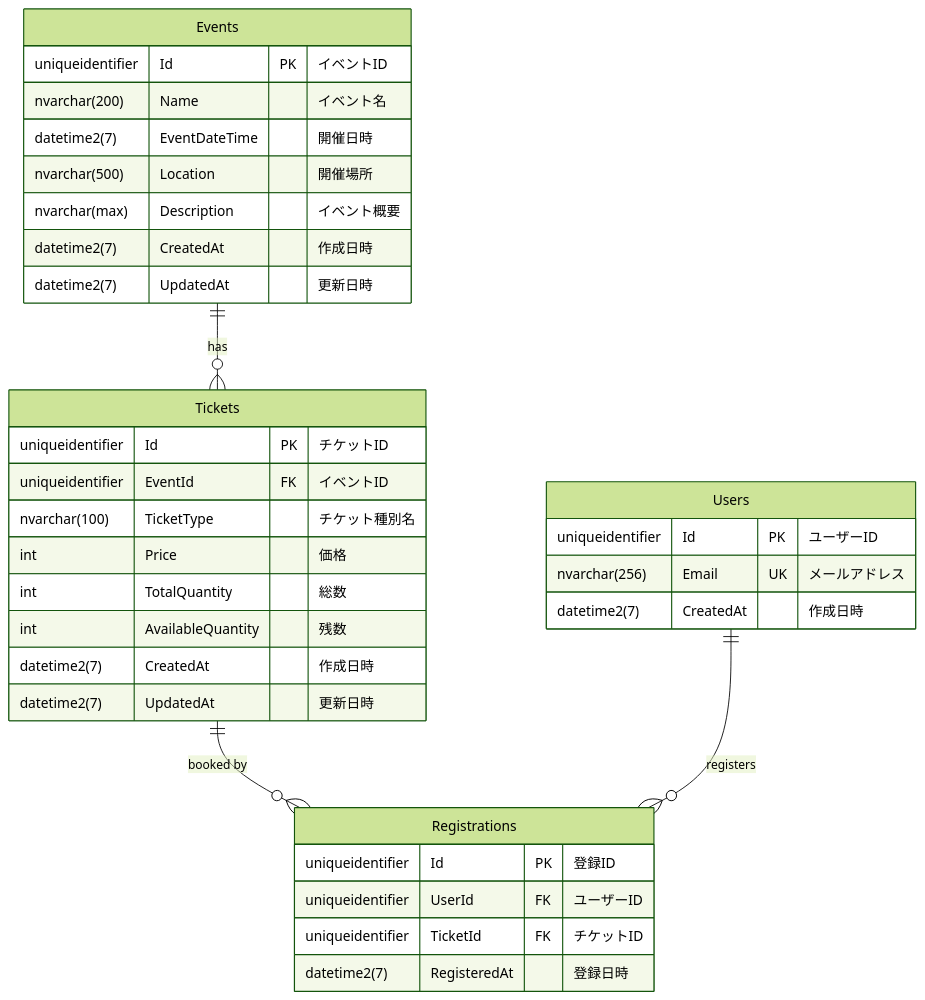
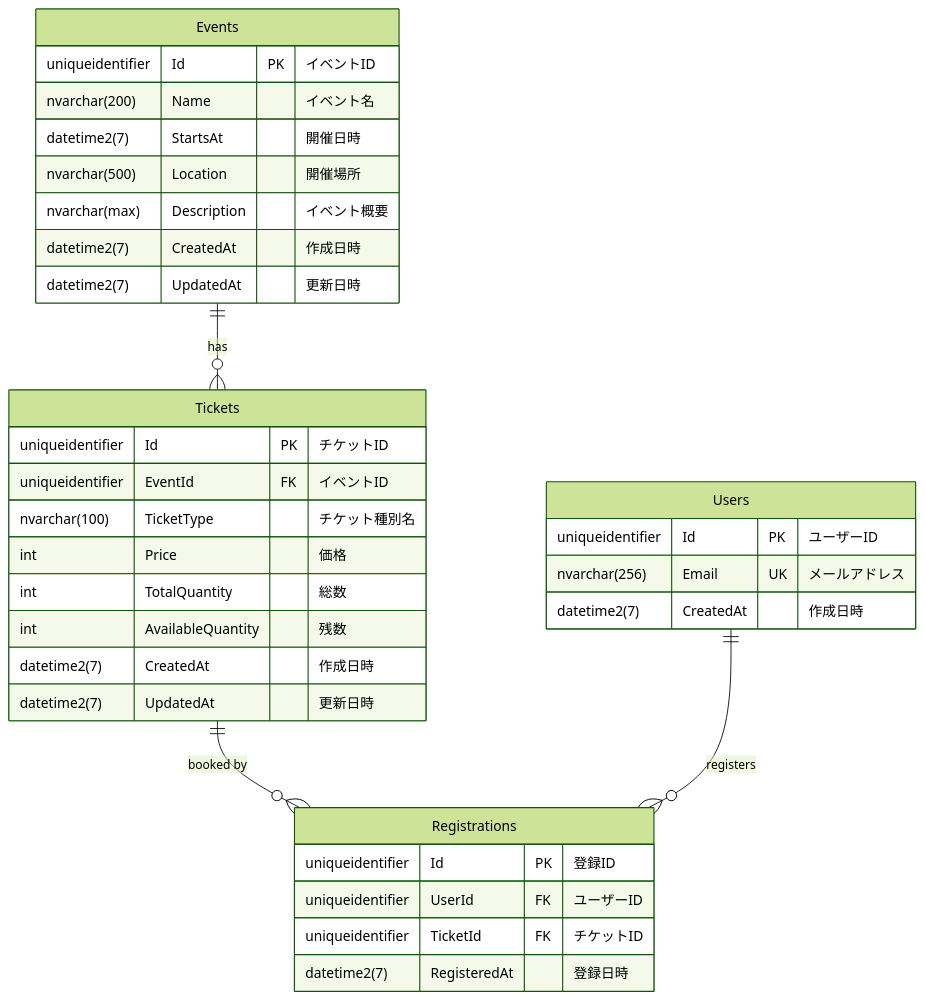
The diagram in docs/er-diagram.md (kazakht/event-registration-system), drawn with Mermaid (forest theme) before and after one commit.

Commit message:
Rename EventDateTime to StartsAt in ER diagram

````diff
--- a/docs/er-diagram.md
+++ b/docs/er-diagram.md
@@ -5,40 +5,40 @@
 ```mermaid
 erDiagram
     Events ||--o{ Tickets : "has"
     Tickets ||--o{ Registrations : "booked by"
     Users ||--o{ Registrations : "registers"
 
     Events {
         uniqueidentifier Id PK "イベントID"
         nvarchar(200) Name "イベント名"
-        datetime2(7) EventDateTime "開催日時"
+        datetime2(7) StartsAt "開催日時"
         nvarchar(500) Location "開催場所"
         nvarchar(max) Description "イベント概要"
         datetime2(7) CreatedAt "作成日時"
         datetime2(7) UpdatedAt "更新日時"
     }
 
     Tickets {
         uniqueidentifier Id PK "チケットID"
         uniqueidentifier EventId FK "イベントID"
         nvarchar(100) TicketType "チケット種別名"
         int Price "価格"
         int TotalQuantity "総数"
         int AvailableQuantity "残数"
         datetime2(7) CreatedAt "作成日時"
         datetime2(7) UpdatedAt "更新日時"
     }
 
     Users {
         uniqueidentifier Id PK "ユーザーID"
         nvarchar(256) Email UK "メールアドレス"
         datetime2(7) CreatedAt "作成日時"
     }
 
     Registrations {
         uniqueidentifier Id PK "登録ID"
         uniqueidentifier UserId FK "ユーザーID"
         uniqueidentifier TicketId FK "チケットID"
         datetime2(7) RegisteredAt "登録日時"
     }
 ```
````
